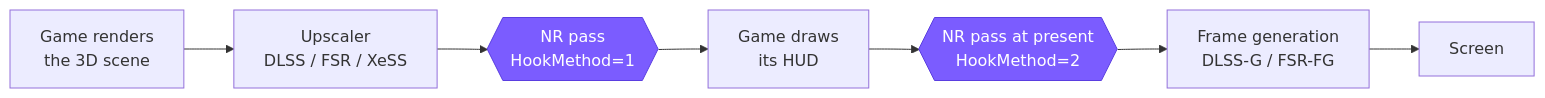
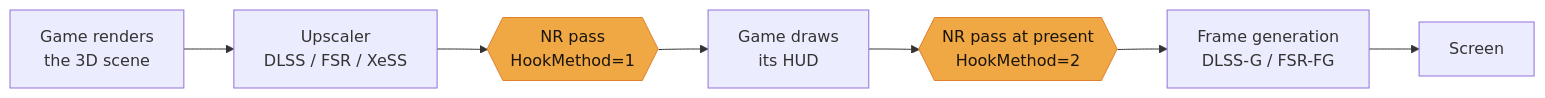
Before and after one commit to gabrielmaialva33/retoque: the first of 2 diagrams in README.md, drawn with Mermaid. The commit also changed other lines of this file and 2 other files, not shown here.

First line of the commit message:
🎨 docs: align README banner, route diagram and badges with the app theme

````diff
--- a/README.md
+++ b/README.md
@@ -116,12 +116,12 @@
 ```mermaid
 flowchart LR
     render["Game renders<br/>the 3D scene"] --> upscale["Upscaler<br/>DLSS / FSR / XeSS"]
     upscale --> nr1{{"NR pass<br/>HookMethod=1"}}
     nr1 --> hud["Game draws<br/>its HUD"]
     hud --> nr2{{"NR pass at present<br/>HookMethod=2"}}
     nr2 --> fg["Frame generation<br/>DLSS-G / FSR-FG"]
     fg --> screen["Screen"]
 
-    classDef nr fill:#7b5cff,stroke:#5a3ee0,color:#ffffff
+    classDef nr fill:#F0A845,stroke:#E07F2C,color:#1A140A
     class nr1,nr2 nr
 ```
````
